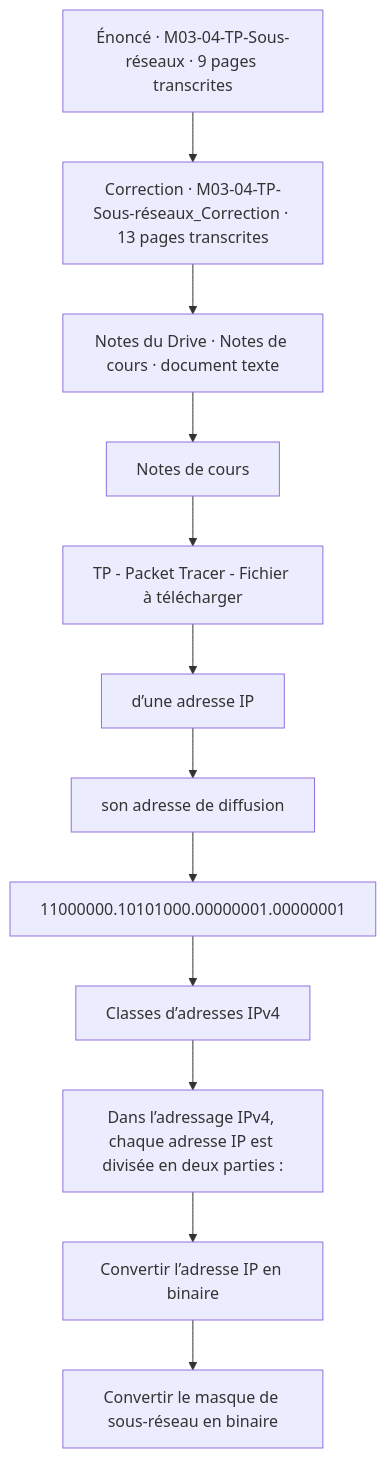
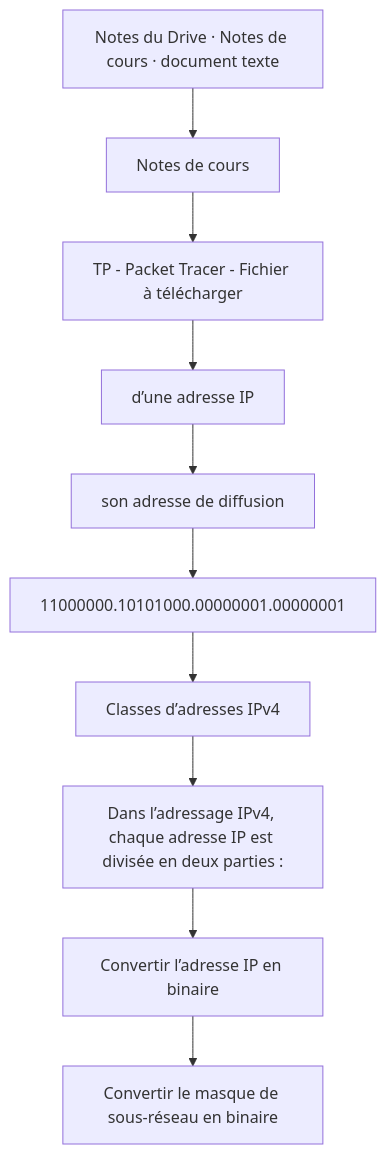
The diagram in docs/modules/01-bases-reseaux/module-03-l-adressage-ipv4.md (sk34pk25/tssr-cours), drawn with Mermaid before and after one commit. The commit also changed other lines of this file and 108 other files, not shown here.

````diff
--- a/docs/modules/01-bases-reseaux/module-03-l-adressage-ipv4.md
+++ b/docs/modules/01-bases-reseaux/module-03-l-adressage-ipv4.md
@@ -147,26 +147,22 @@
 ```mermaid
 flowchart TD
-    N1["Énoncé · M03-04-TP-Sous-réseaux · 9 pages transcrites"]
-    N2["Correction · M03-04-TP-Sous-réseaux_Correction · 13 pages transcrites"]
     N3["Notes du Drive · Notes de cours · document texte"]
     N4["Notes de cours"]
     N5["TP - Packet Tracer - Fichier à télécharger"]
     N6["d’une adresse IP"]
     N7["son adresse de diffusion"]
     N8["11000000.10101000.00000001.00000001"]
     N9["Classes d’adresses IPv4"]
     N10["Dans l’adressage IPv4, chaque adresse IP est divisée en deux parties :"]
     N11["Convertir l’adresse IP en binaire"]
     N12["Convertir le masque de sous-réseau en binaire"]
-    N1 --> N2
-    N2 --> N3
     N3 --> N4
     N4 --> N5
     N5 --> N6
     N6 --> N7
     N7 --> N8
     N8 --> N9
     N9 --> N10
     N10 --> N11
     N11 --> N12
 ```
````
